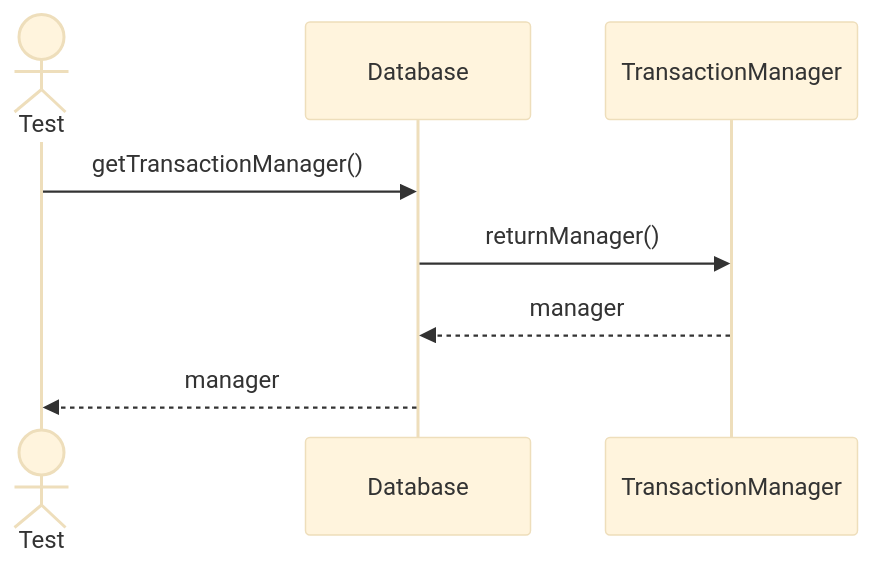
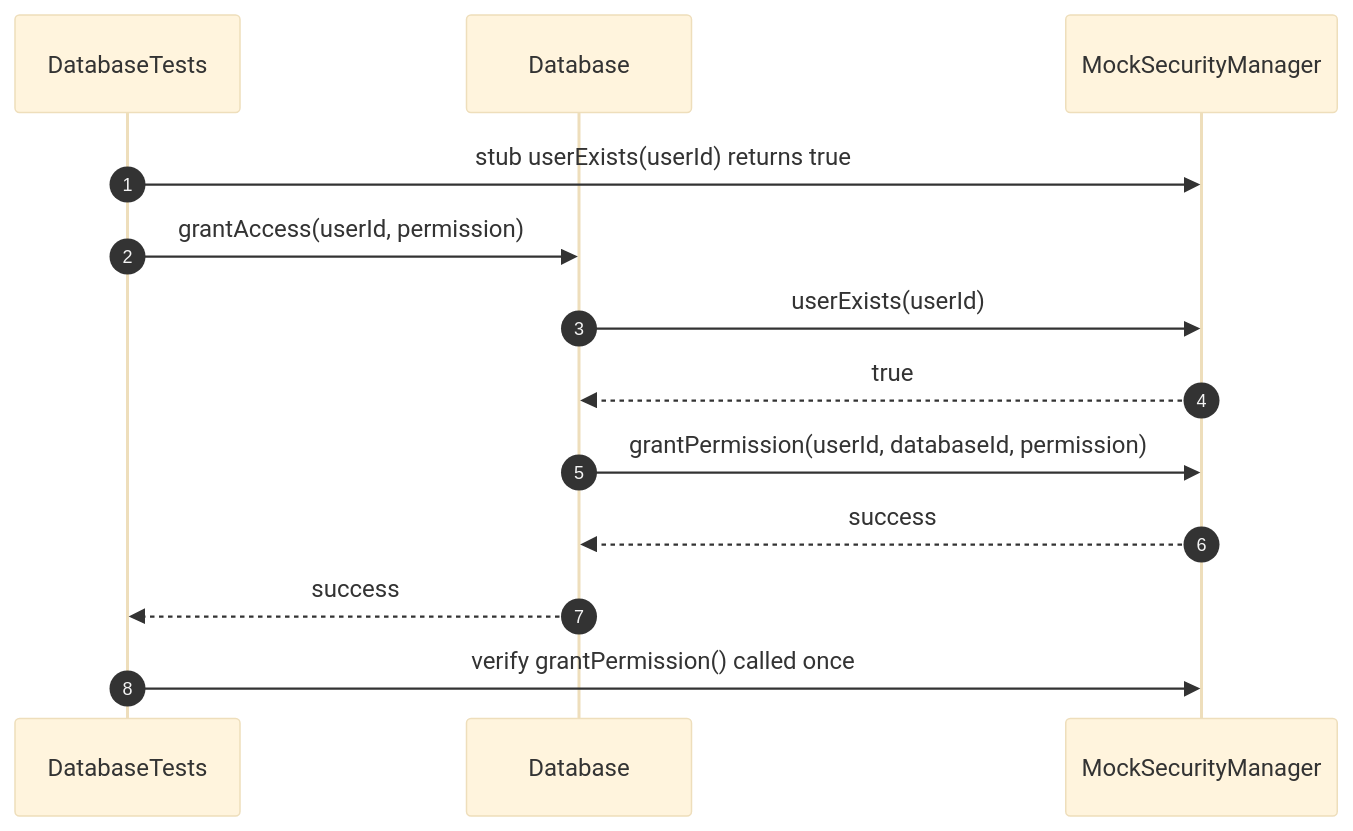
Diagram 12 of 25 in src/tests/unit/database/sequences/database-testing.se.md (FhuAnn/-bbv-AN-s-DBMS), drawn with Mermaid (base theme) before and after one commit. The commit also changed other lines of this file and 28 other files, not shown here.

Commit message:
edit db sequence, dbtest

````diff
--- a/src/tests/unit/database/sequences/database-testing.se.md
+++ b/src/tests/unit/database/sequences/database-testing.se.md
@@ -187,11 +286,21 @@
 ```mermaid
 sequenceDiagram
-actor Test
-participant Database
-participant TransactionManager
+    autonumber
 
-Test->>Database: getTransactionManager()
-Database->>TransactionManager: returnManager()
-TransactionManager-->>Database: manager
-Database-->>Test: manager
+    participant Test as DatabaseTests
+    participant Database
+    participant Security as MockSecurityManager
+
+    Test->>Security: stub userExists(userId) returns true
+    Test->>Database: grantAccess(userId, permission)
+
+    Database->>Security: userExists(userId)
+    Security-->>Database: true
+
+    Database->>Security: grantPermission(userId, databaseId, permission)
+    Security-->>Database: success
+
+    Database-->>Test: success
+
+    Test->>Security: verify grantPermission() called once
 ```
````
